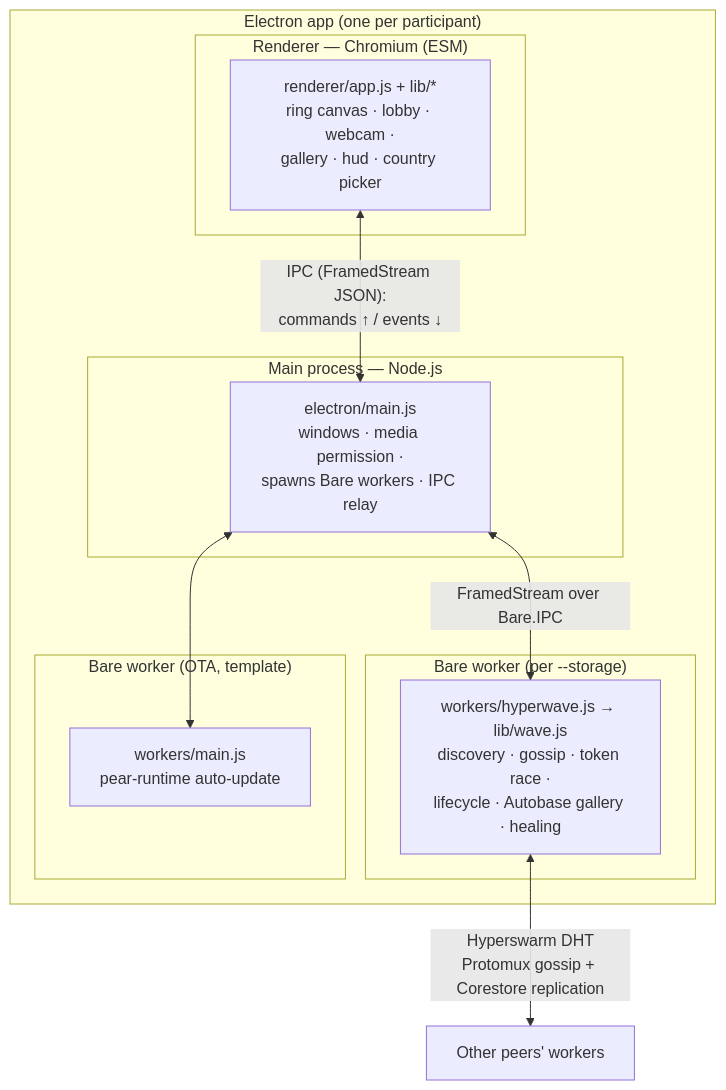
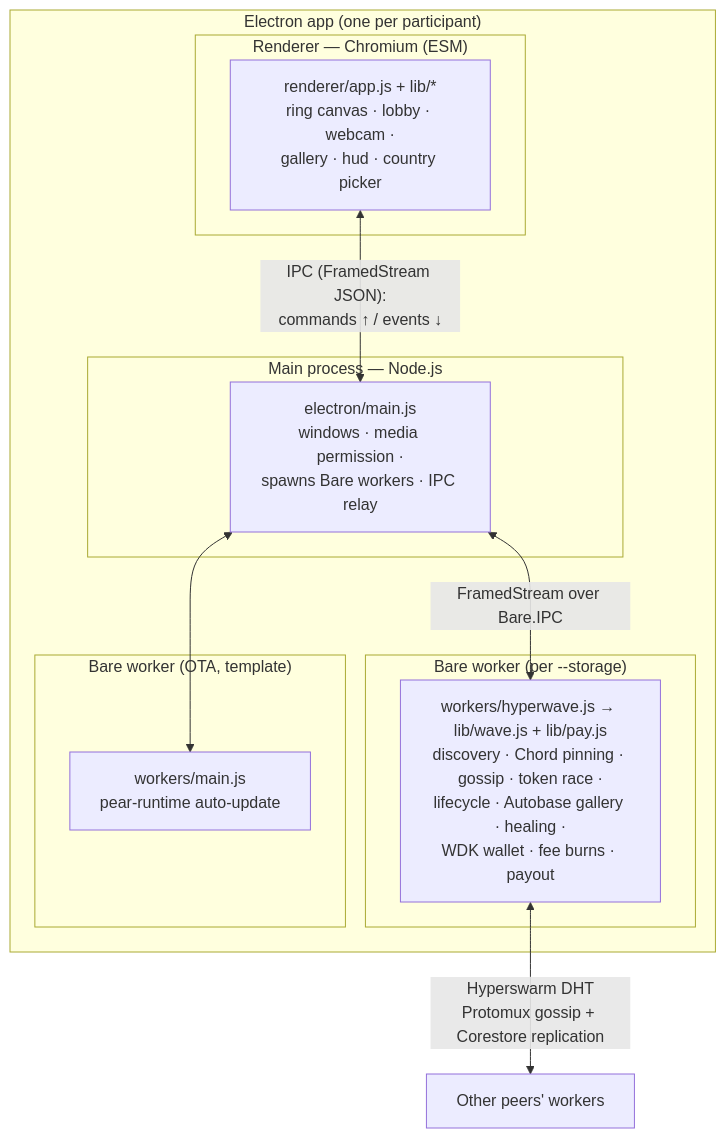
Before and after one commit to mnaamani/hyper-wave: the diagram in docs/architecture.md, drawn with Mermaid. The commit also changed other lines of this file and 8 other files, not shown here.

````diff
--- a/docs/architecture.md
+++ b/docs/architecture.md
@@ -13,23 +16,23 @@
 ```mermaid
 flowchart TB
   subgraph Electron["Electron app (one per participant)"]
     subgraph Main["Main process — Node.js"]
       M["electron/main.js<br/>windows · media permission ·<br/>spawns Bare workers · IPC relay"]
     end
     subgraph Renderer["Renderer — Chromium (ESM)"]
       R["renderer/app.js + lib/*<br/>ring canvas · lobby · webcam ·<br/>gallery · hud · country picker"]
     end
     subgraph Worker["Bare worker (per --storage)"]
-      W["workers/hyperwave.js → lib/wave.js<br/>discovery · gossip · token race ·<br/>lifecycle · Autobase gallery · healing"]
+      W["workers/hyperwave.js → lib/wave.js + lib/pay.js<br/>discovery · Chord pinning · gossip · token race ·<br/>lifecycle · Autobase gallery · healing ·<br/>WDK wallet · fee burns · payout"]
     end
     subgraph Updater["Bare worker (OTA, template)"]
       U["workers/main.js<br/>pear-runtime auto-update"]
     end
   end
 
   R <-->|"IPC (FramedStream JSON):<br/>commands ↑ / events ↓"| M
   M <-->|"FramedStream over Bare.IPC"| W
   M <--> U
 
   W <-->|"Hyperswarm DHT<br/>Protomux gossip + Corestore replication"| Peers["Other peers' workers"]
 ```
````
